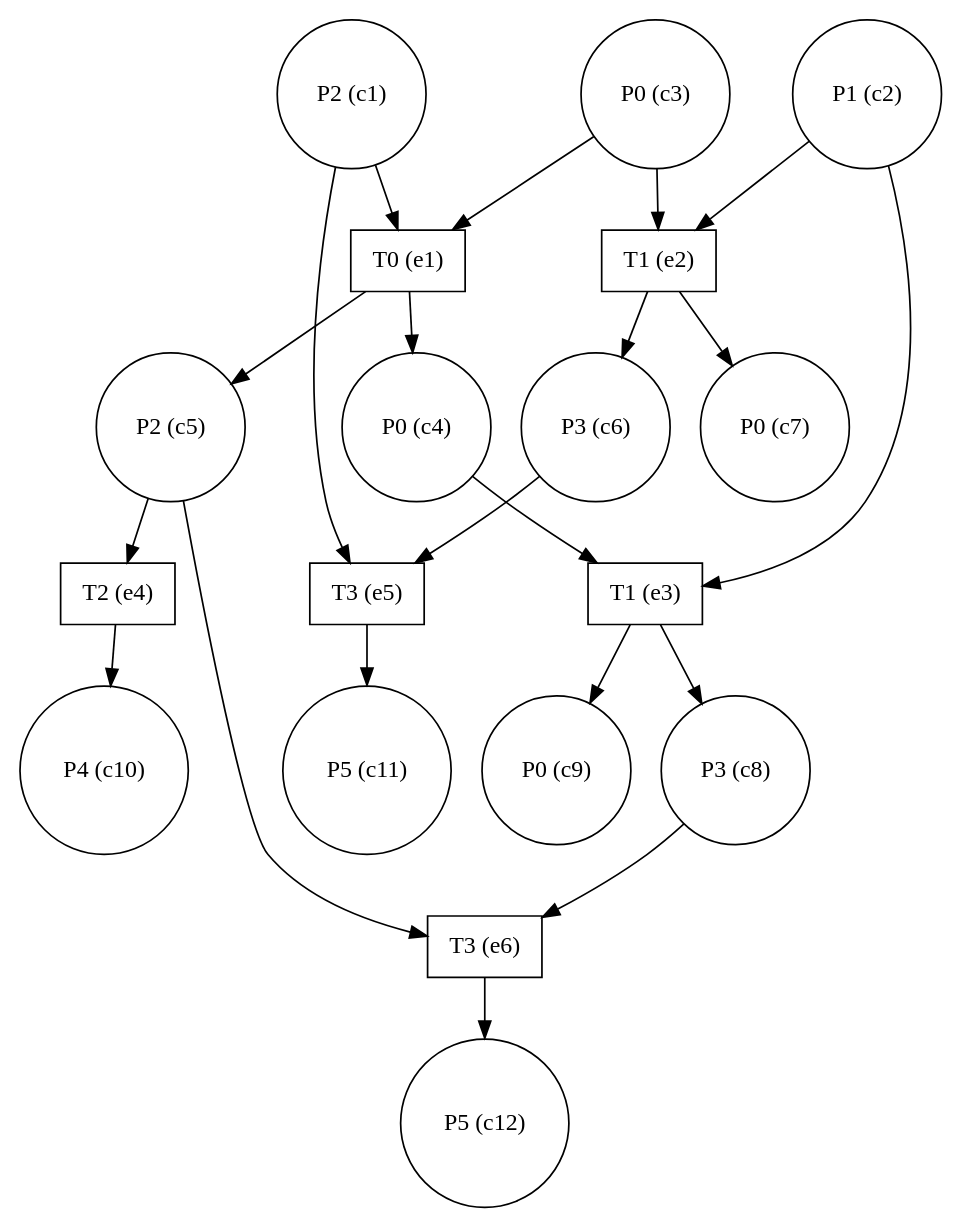
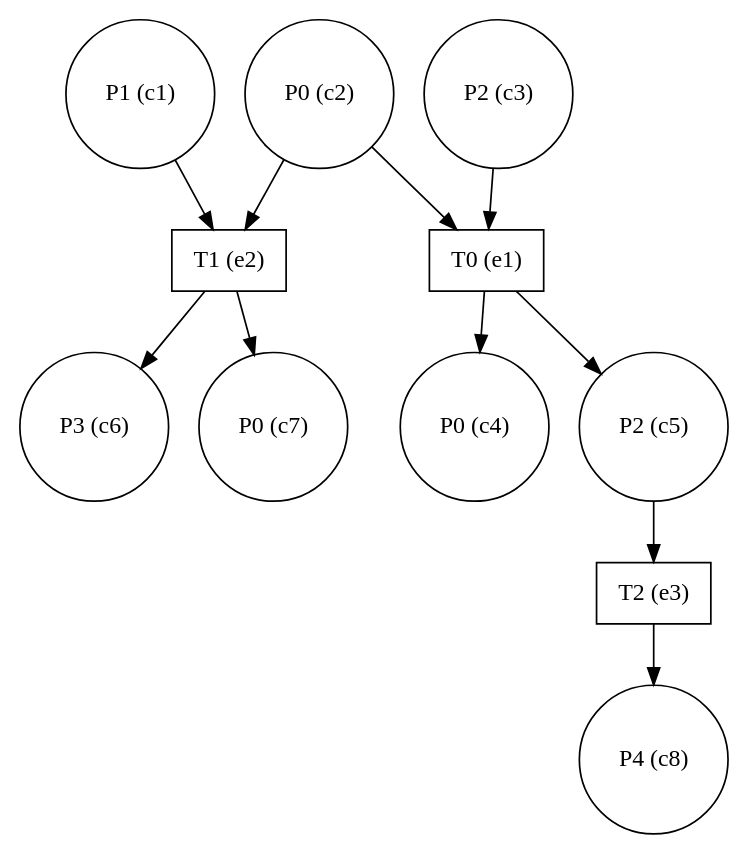
One commit to giannkas/ecofolder changed the diagram in small_eg.dot. Above: the diagram before and after it, drawn with Graphviz. The commit also changed 18 other files, not shown here.

```diff
--- a/small_eg.dot
+++ b/small_eg.dot
@@ -1,40 +1,23 @@
 digraph test {
-  c1 -> e5;
-  c1 -> e1;
-  c2 -> e3;
+  c1 -> e2;
   c2 -> e2;
-  c3 -> e2;
+  c2 -> e1;
   c3 -> e1;
   e1 -> c4;
-  c4 -> e3;
   e1 -> c5;
-  c5 -> e6;
-  c5 -> e4;
+  c5 -> e3;
   e2 -> c6;
-  c6 -> e5;
   e2 -> c7;
   e3 -> c8;
-  c8 -> e6;
-  e3 -> c9;
-  e4 -> c10;
-  e5 -> c11;
-  e6 -> c12;
-  c1 [label="P2 (c1)" shape=circle];
-  c2 [label="P1 (c2)" shape=circle];
-  c3 [label="P0 (c3)" shape=circle];
+  c1 [label="P1 (c1)" shape=circle];
+  c2 [label="P0 (c2)" shape=circle];
+  c3 [label="P2 (c3)" shape=circle];
   c4 [label="P0 (c4)" shape=circle];
   c5 [label="P2 (c5)" shape=circle];
   c6 [label="P3 (c6)" shape=circle];
   c7 [label="P0 (c7)" shape=circle];
-  c8 [label="P3 (c8)" shape=circle];
-  c9 [label="P0 (c9)" shape=circle];
-  c10 [label="P4 (c10)" shape=circle];
-  c11 [label="P5 (c11)" shape=circle];
-  c12 [label="P5 (c12)" shape=circle];
+  c8 [label="P4 (c8)" shape=circle];
   e1 [label="T0 (e1)" shape=box];
   e2 [label="T1 (e2)" shape=box];
-  e3 [label="T1 (e3)" shape=box];
-  e4 [label="T2 (e4)" shape=box];
-  e5 [label="T3 (e5)" shape=box];
-  e6 [label="T3 (e6)" shape=box];
+  e3 [label="T2 (e3)" shape=box];
 }
```
